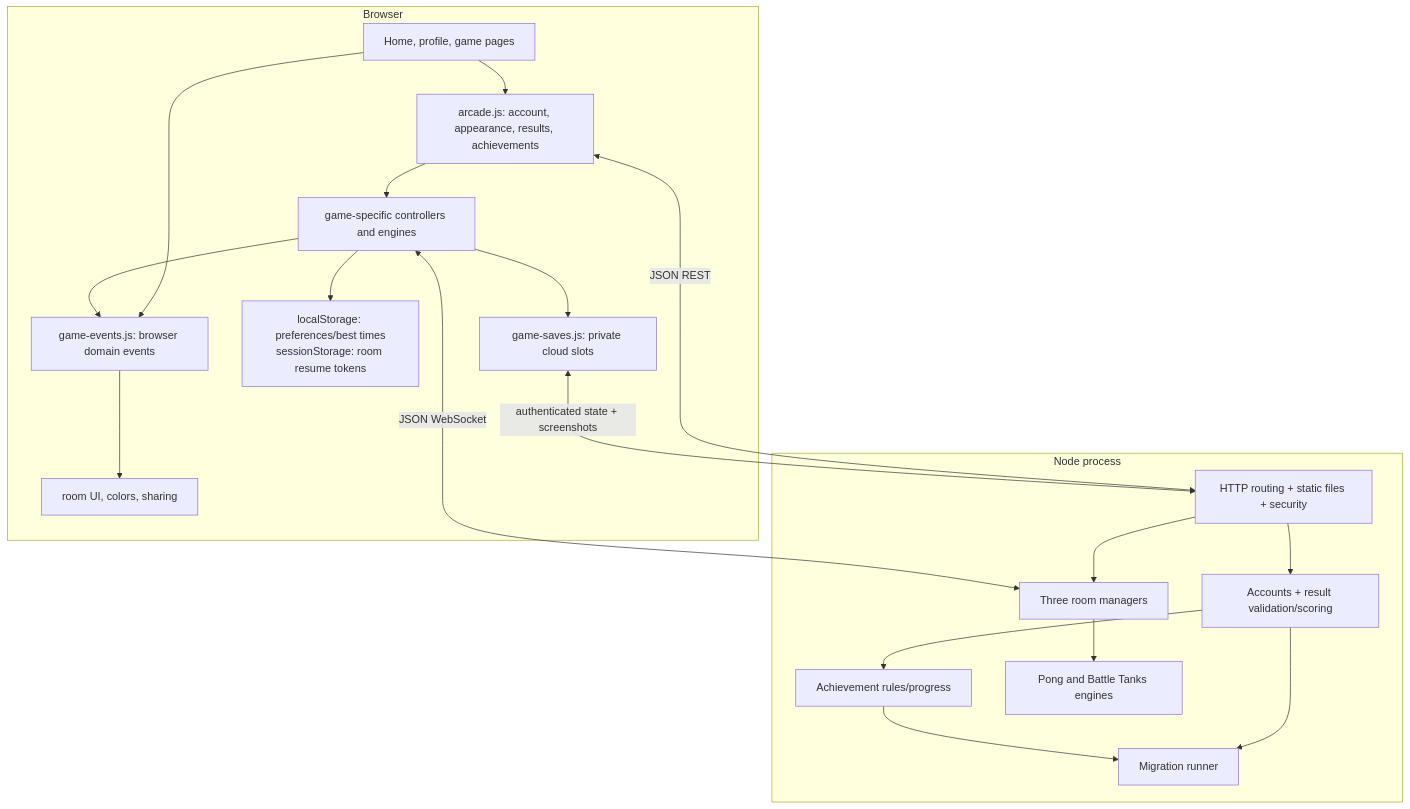
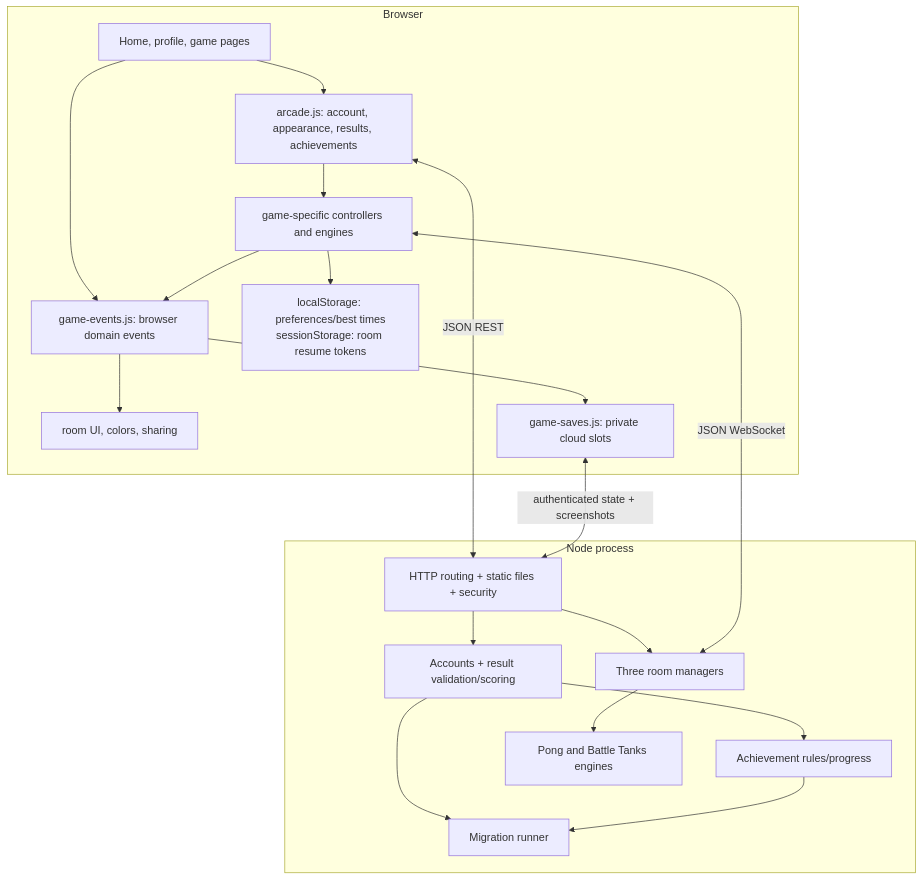
One commit to bashmohandes/Javascript changed the second of 8 diagrams in docs/architecture.md. Above: the diagram before and after it, drawn with Mermaid. The commit also changed other lines of this file and 11 other files, not shown here.

````diff
--- a/docs/architecture.md
+++ b/docs/architecture.md
@@ -21,33 +21,33 @@
 ```mermaid
 flowchart TB
   subgraph Browser
     Pages[Home, profile, game pages]
     Arcade[arcade.js: account, appearance, results, achievements]
     Events[game-events.js: browser domain events]
     Shared[room UI, colors, sharing]
     Games[game-specific controllers and engines]
     Store[localStorage: preferences/best times\nsessionStorage: room resume tokens]
     Saves[game-saves.js: private cloud slots]
     Pages --> Arcade
     Pages --> Events
     Games --> Events --> Shared
+    Events --> Saves
     Arcade --> Games
     Games --> Store
-    Games --> Saves
   end
   subgraph Node_process[Node process]
     HTTP[HTTP routing + static files + security]
     Accounts[Accounts + result validation/scoring]
     Achievements[Achievement rules/progress]
     Rooms[Three room managers]
     Engines[Pong and Battle Tanks engines]
     DB[Migration runner]
     HTTP --> Accounts --> Achievements
     HTTP --> Rooms --> Engines
     Accounts --> DB
     Achievements --> DB
   end
   Arcade <-->|JSON REST| HTTP
   Saves <-->|authenticated state + screenshots| HTTP
   Games <-->|JSON WebSocket| Rooms
 ```
````
